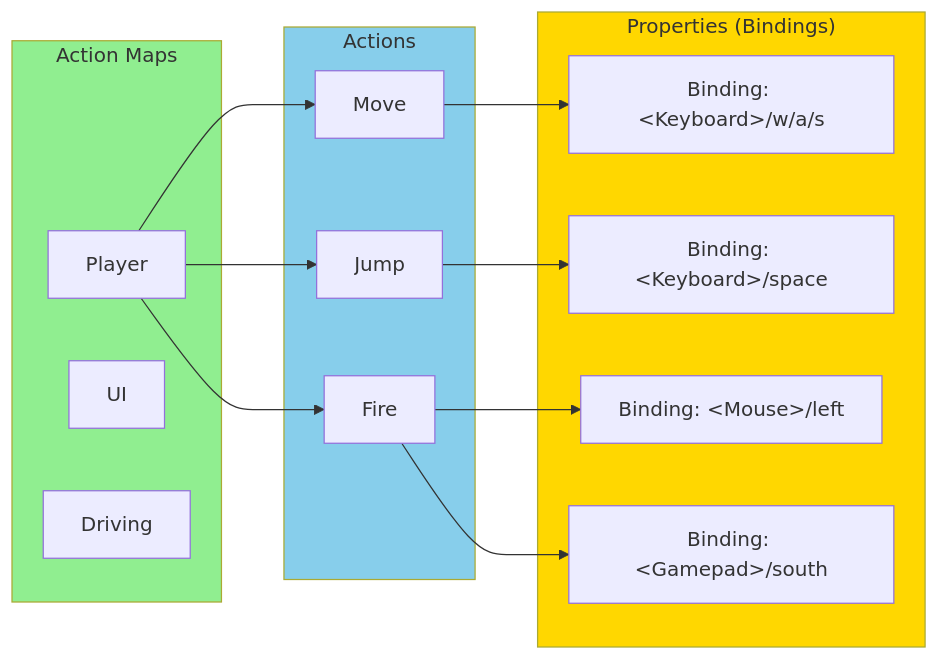
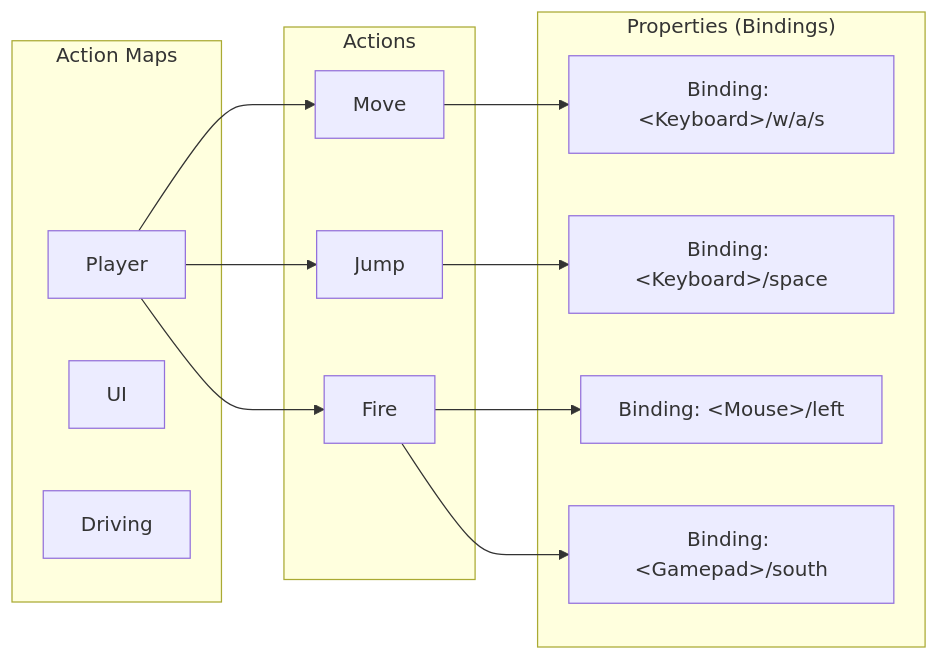
One commit to wallstop/unity-tips changed the diagram in docs/input-system/01-getting-started.md. Above: the diagram before and after it, drawn with Mermaid. The commit also changed 27 other files, not shown here.

First line of the commit message:
Make Mermaid diagrams theme-aware for GitHub Pages

````diff
--- a/docs/input-system/01-getting-started.md
+++ b/docs/input-system/01-getting-started.md
@@ -189,30 +189,26 @@
 ```mermaid
 flowchart LR
     subgraph ActionMaps["Action Maps"]
         AM1[Player]
         AM2[UI]
         AM3[Driving]
     end
 
     subgraph Actions["Actions"]
         A1[Move]
         A2[Jump]
         A3[Fire]
     end
 
     subgraph Properties["Properties (Bindings)"]
         P1["Binding: &lt;Keyboard&gt;/w/a/s"]
         P2["Binding: &lt;Keyboard&gt;/space"]
         P3["Binding: &lt;Mouse&gt;/left"]
         P4["Binding: &lt;Gamepad&gt;/south"]
     end
 
     AM1 --> A1 --> P1
     AM1 --> A2 --> P2
     AM1 --> A3 --> P3
     A3 --> P4
-
-    style ActionMaps fill:#90EE90
-    style Actions fill:#87CEEB
-    style Properties fill:#FFD700
 ```
````
